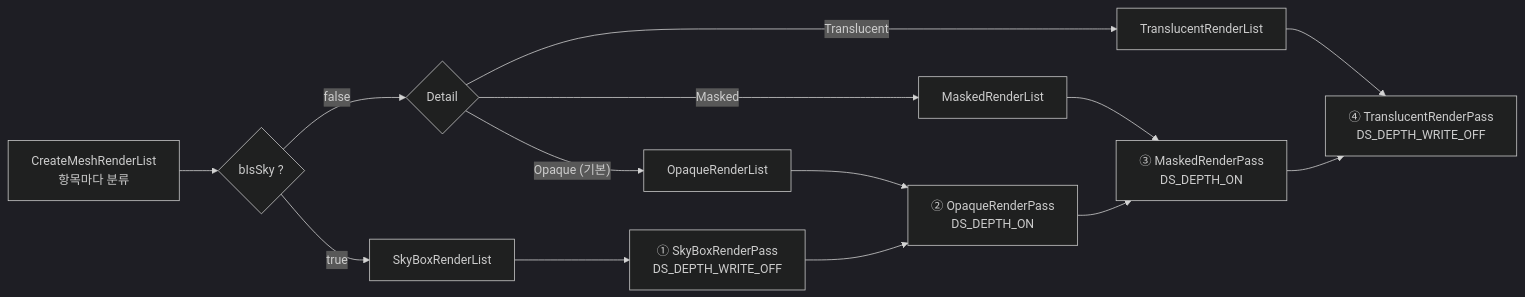
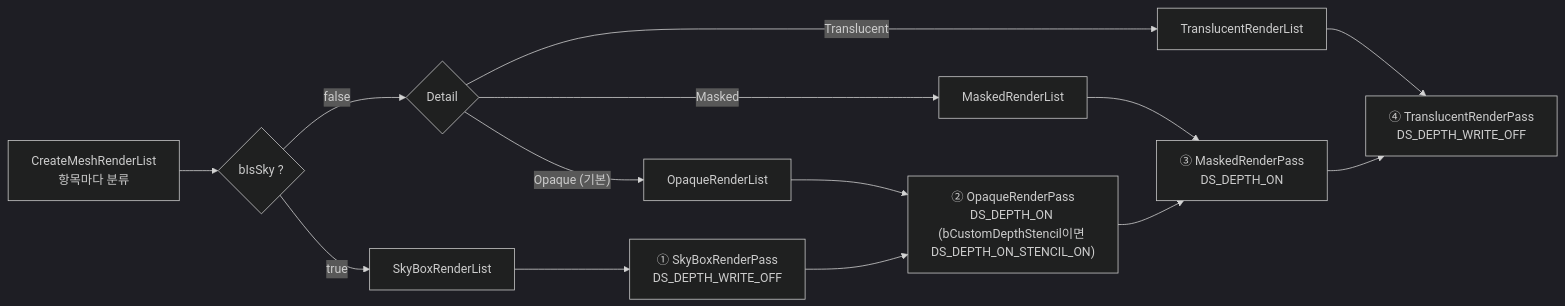
One commit to Gat-Young/ForestPearlEngine changed the tenth of 28 diagrams in README.md. Above: the diagram before and after it, drawn with Mermaid (dark theme). The commit also changed other lines of this file, not shown here.

````diff
--- a/README.md
+++ b/README.md
@@ -968,14 +981,14 @@
 ```mermaid
 flowchart LR
     CL["CreateMeshRenderList<br/>항목마다 분류"] --> Q{"bIsSky ?"}
     Q -->|true| SK["SkyBoxRenderList"]
     Q -->|false| D{"Detail"}
     D -->|"Opaque (기본)"| OP["OpaqueRenderList"]
     D -->|Masked| MK["MaskedRenderList"]
     D -->|Translucent| TR["TranslucentRenderList"]
     SK --> P1["① SkyBoxRenderPass<br/>DS_DEPTH_WRITE_OFF"]
-    OP --> P2["② OpaqueRenderPass<br/>DS_DEPTH_ON"]
+    OP --> P2["② OpaqueRenderPass<br/>DS_DEPTH_ON (bCustomDepthStencil이면 DS_DEPTH_ON_STENCIL_ON)"]
     MK --> P3["③ MaskedRenderPass<br/>DS_DEPTH_ON"]
     TR --> P4["④ TranslucentRenderPass<br/>DS_DEPTH_WRITE_OFF"]
     P1 --> P2 --> P3 --> P4
 ```
````
